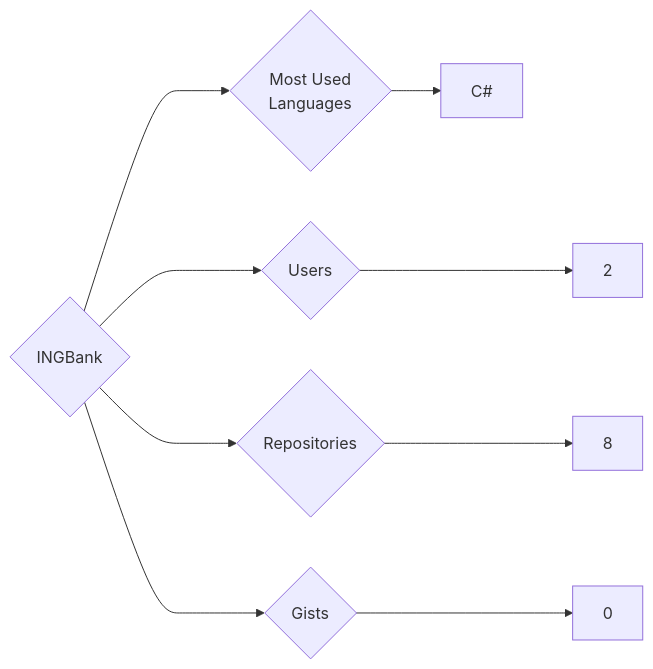
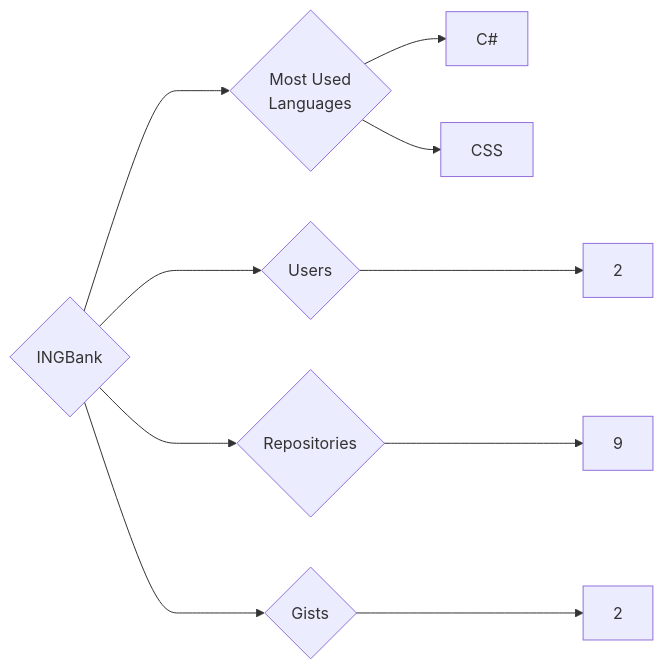
One commit to trickest/insiders changed the diagram in targets/INGBank/README.md. Above: the diagram before and after it, drawn with Mermaid. The commit also changed 1149 other files, not shown here.

````diff
--- a/targets/INGBank/README.md
+++ b/targets/INGBank/README.md
@@ -3,9 +3,10 @@
 ```mermaid
 graph LR
 COMPANY_NAME{INGBank}
 COMPANY_NAME ---> U{Users} ---> UN[2]
-COMPANY_NAME ---> R{Repositories} ---> RN[8]
-COMPANY_NAME ---> G{Gists} ---> GN[0]
+COMPANY_NAME ---> R{Repositories} ---> RN[9]
+COMPANY_NAME ---> G{Gists} ---> GN[2]
 COMPANY_NAME ---> ML{Most Used<br>Languages}
 ML --> C#[C#]
+ML --> CSS[CSS]
 ```
````
